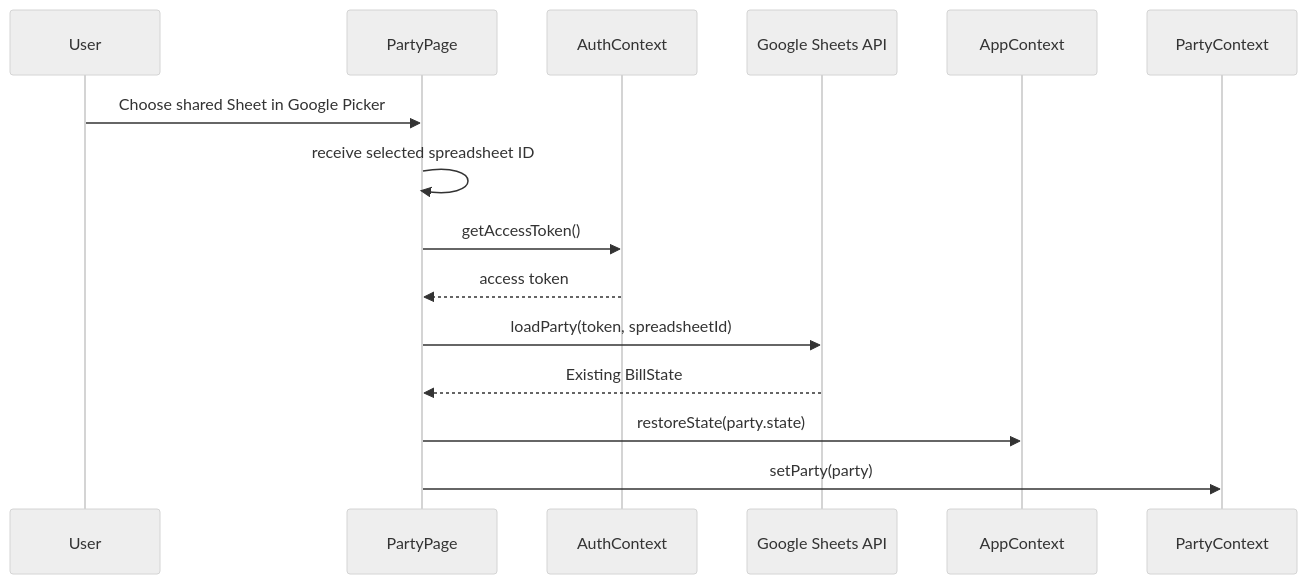
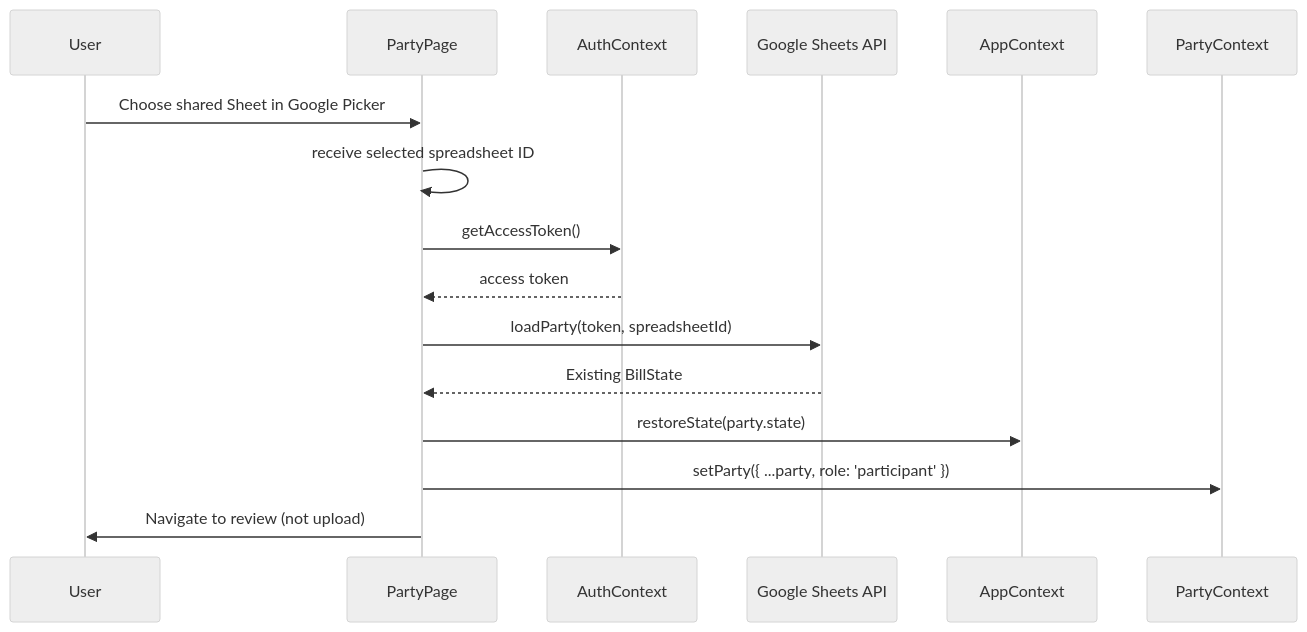
Before and after one commit to Karthik-29/SnapSplit: the fifth of 7 diagrams in docs/APP_DOCUMENTATION.md, drawn with Mermaid (neutral theme). The commit also changed other lines of this file and 36 other files, not shown here.

````diff
--- a/docs/APP_DOCUMENTATION.md
+++ b/docs/APP_DOCUMENTATION.md
@@ -598,18 +621,19 @@
 ```mermaid
 sequenceDiagram
   participant U as User
   participant P as PartyPage
   participant A as AuthContext
   participant G as Google Sheets API
   participant C as AppContext
   participant PC as PartyContext
 
   U->>P: Choose shared Sheet in Google Picker
   P->>P: receive selected spreadsheet ID
   P->>A: getAccessToken()
   A-->>P: access token
   P->>G: loadParty(token, spreadsheetId)
   G-->>P: Existing BillState
   P->>C: restoreState(party.state)
-  P->>PC: setParty(party)
+  P->>PC: setParty({ ...party, role: 'participant' })
+  P->>U: Navigate to review (not upload)
 ```
````
